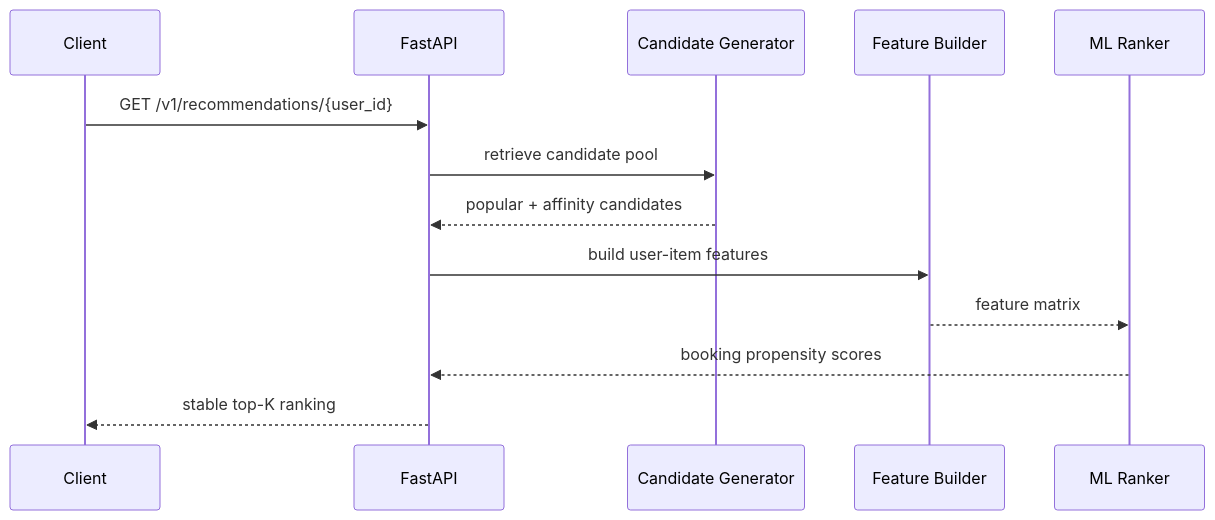
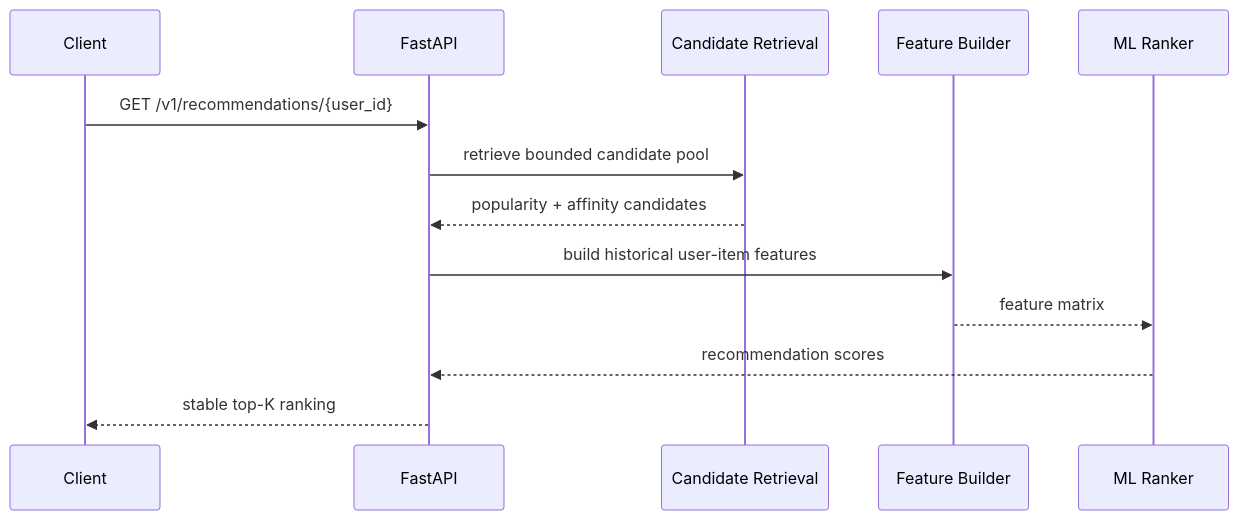
The second of 2 diagrams in README.md (antony502189-max/Production-Hotel-Recommender), drawn with Mermaid before and after one commit. The commit also changed other lines of this file, not shown here.

````diff
--- a/README.md
+++ b/README.md
@@ -89,16 +147,16 @@
 ```mermaid
 sequenceDiagram
     participant Client
     participant API as FastAPI
-    participant Retrieval as Candidate Generator
+    participant Retrieval as Candidate Retrieval
     participant Features as Feature Builder
     participant Ranker as ML Ranker
 
     Client->>API: GET /v1/recommendations/{user_id}
-    API->>Retrieval: retrieve candidate pool
-    Retrieval-->>API: popular + affinity candidates
-    API->>Features: build user-item features
+    API->>Retrieval: retrieve bounded candidate pool
+    Retrieval-->>API: popularity + affinity candidates
+    API->>Features: build historical user-item features
     Features-->>Ranker: feature matrix
-    Ranker-->>API: booking propensity scores
+    Ranker-->>API: recommendation scores
     API-->>Client: stable top-K ranking
 ```
````
